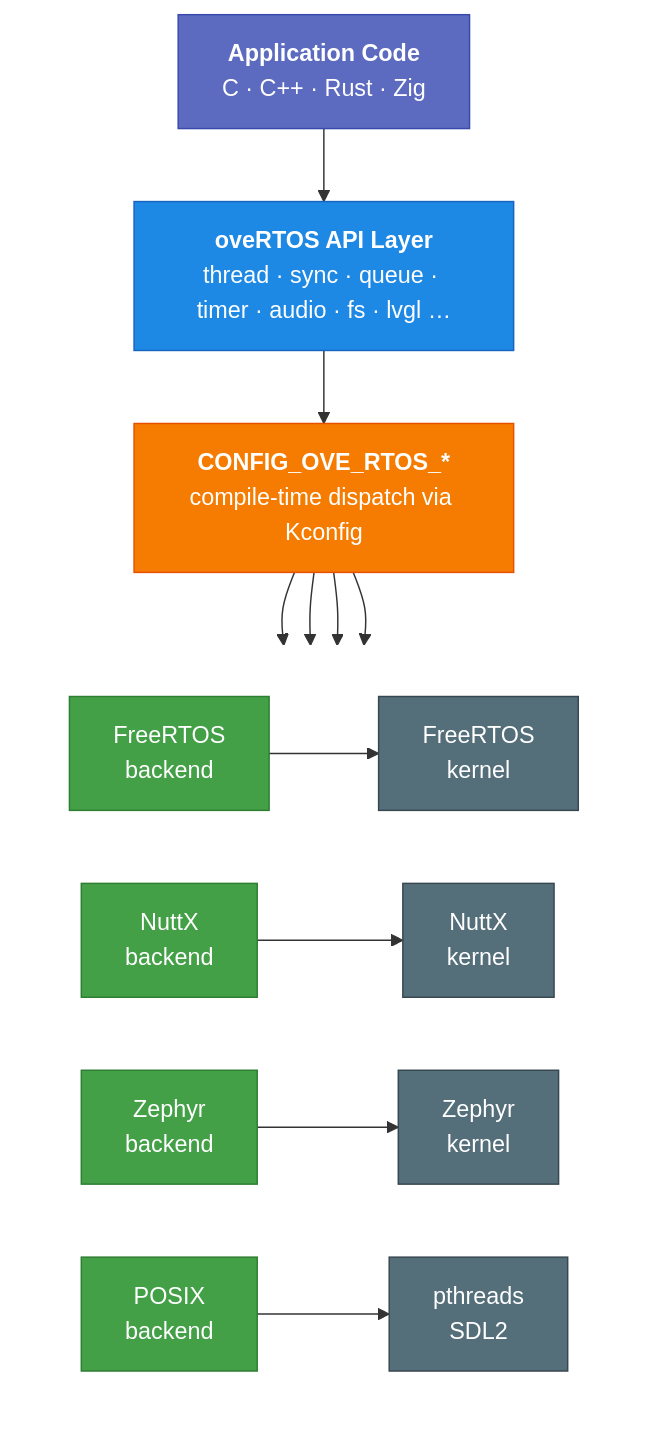
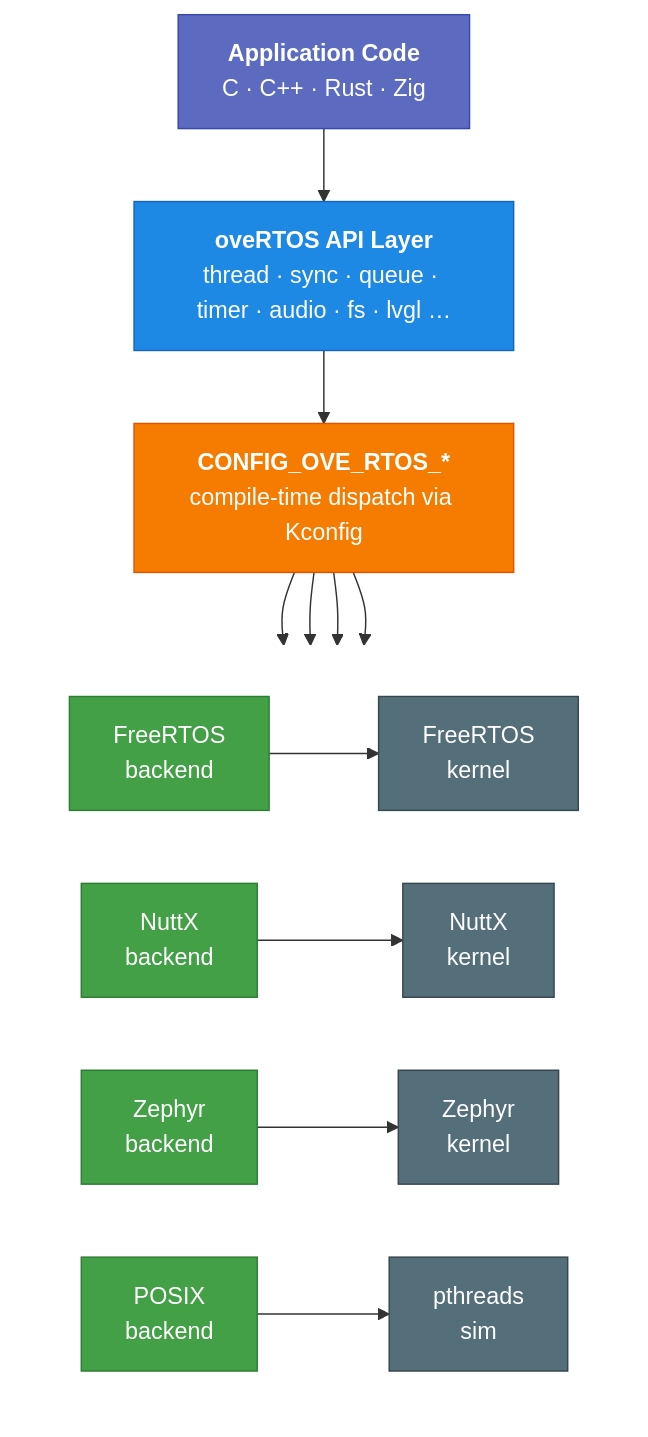
The diagram in docs-site/docs/getting-started/overview.md (Varcain/oveRTOS), drawn with Mermaid before and after one commit. The commit also changed other lines of this file and 452 other files, not shown here.

````diff
--- a/docs-site/docs/getting-started/overview.md
+++ b/docs-site/docs/getting-started/overview.md
@@ -9,31 +9,31 @@
 ```mermaid
 flowchart TD
     A["<b>Application Code</b><br>C · C++ · Rust · Zig"]
     B["<b>oveRTOS API Layer</b><br>thread · sync · queue · timer · audio · fs · lvgl …"]
     C["<b>CONFIG_OVE_RTOS_*</b><br>compile-time dispatch via Kconfig"]
 
     A --> B --> C
 
     C --> D & E & F & G
 
     subgraph backends [" "]
         direction LR
         D["FreeRTOS<br>backend"] --> H["FreeRTOS<br>kernel"]
         E["NuttX<br>backend"] --> I["NuttX<br>kernel"]
         F["Zephyr<br>backend"] --> J["Zephyr<br>kernel"]
-        G["POSIX<br>backend"] --> K["pthreads<br>SDL2"]
+        G["POSIX<br>backend"] --> K["pthreads<br>sim"]
     end
 
     style A fill:#5c6bc0,stroke:#3949ab,color:#fff
     style B fill:#1e88e5,stroke:#1565c0,color:#fff
     style C fill:#f57c00,stroke:#e65100,color:#fff
     style D fill:#43a047,stroke:#2e7d32,color:#fff
     style E fill:#43a047,stroke:#2e7d32,color:#fff
     style F fill:#43a047,stroke:#2e7d32,color:#fff
     style G fill:#43a047,stroke:#2e7d32,color:#fff
     style H fill:#546e7a,stroke:#37474f,color:#fff
     style I fill:#546e7a,stroke:#37474f,color:#fff
     style J fill:#546e7a,stroke:#37474f,color:#fff
     style K fill:#546e7a,stroke:#37474f,color:#fff
     style backends fill:none,stroke:none
 ```
````
